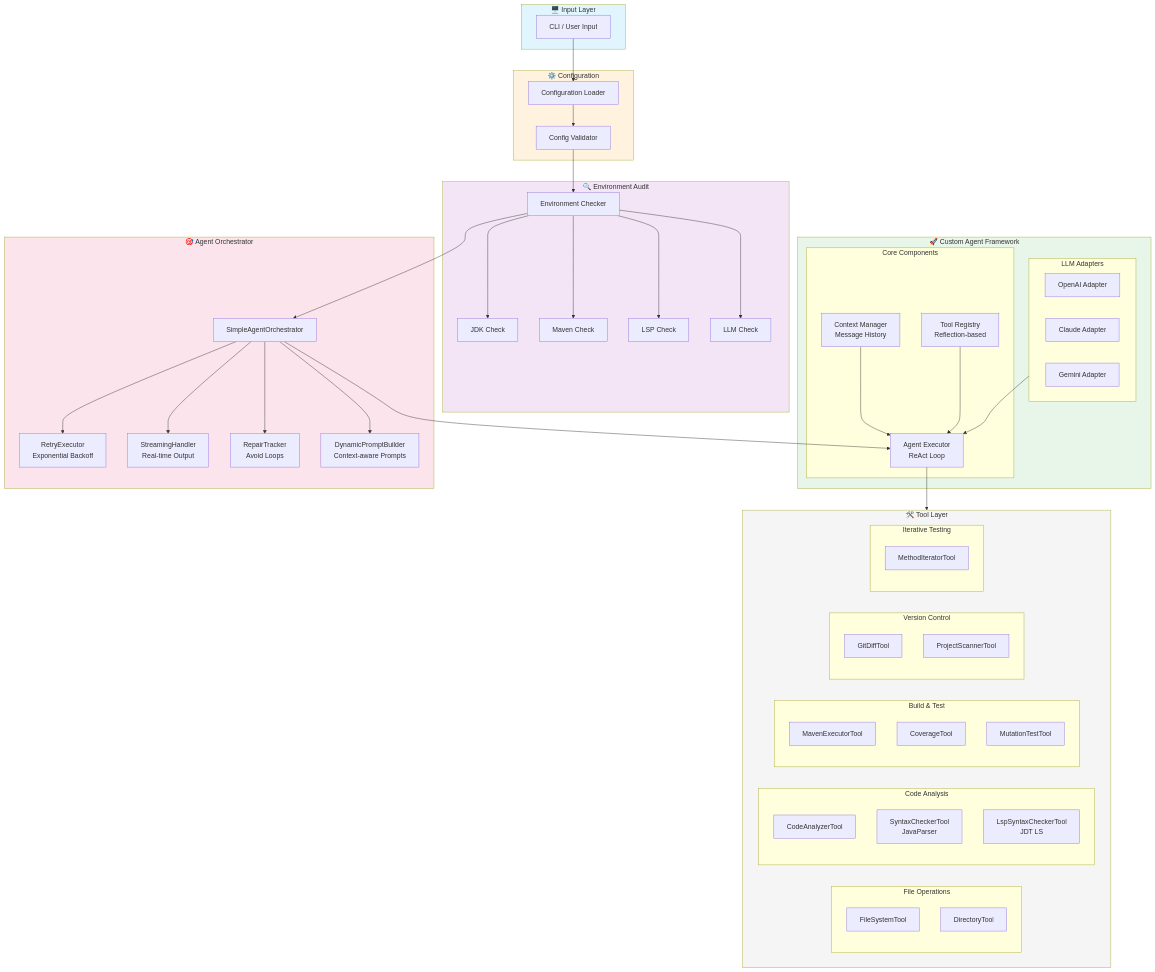
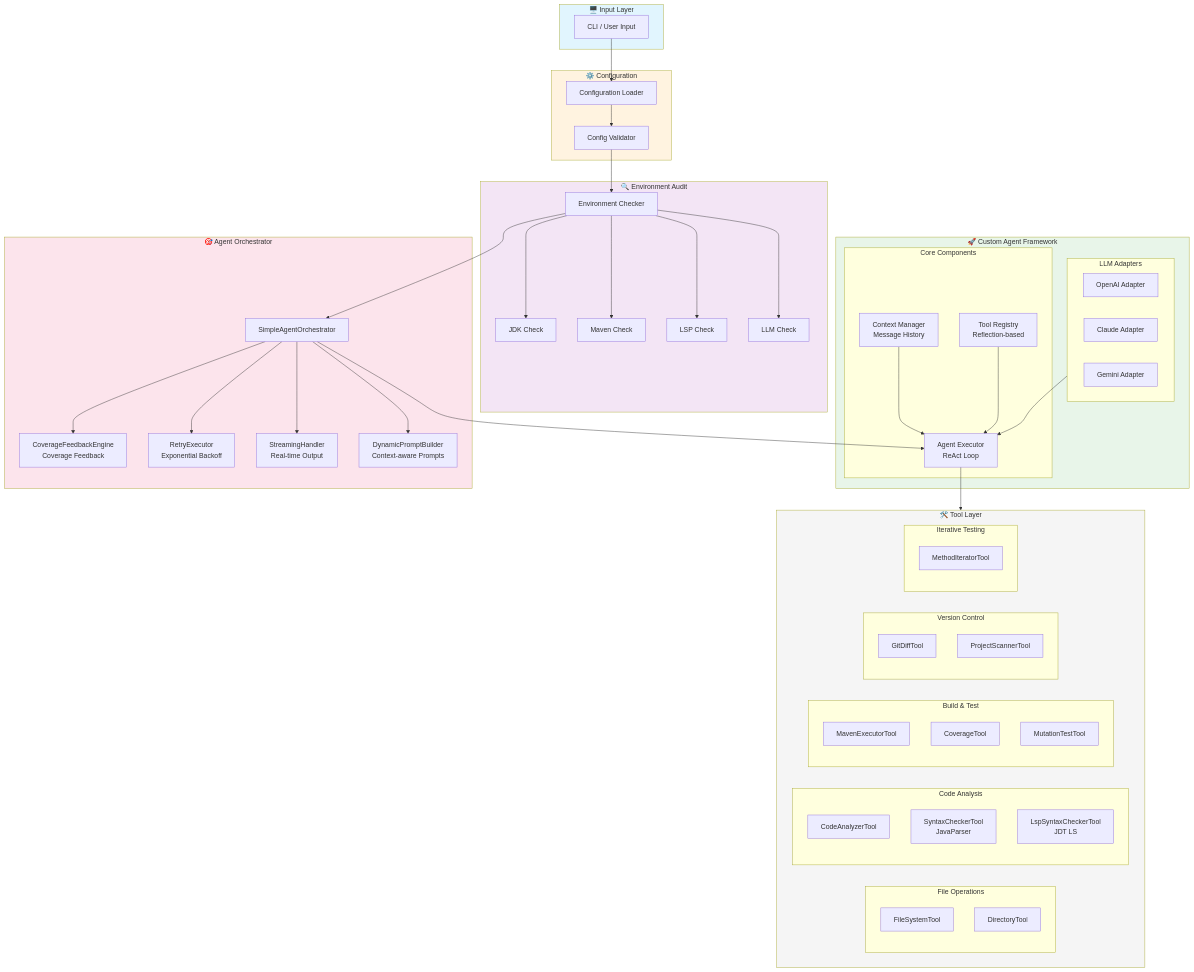
The diagram in README.md (codelogickeep/unit-test-agent-4j), drawn with Mermaid before and after one commit. The commit also changed other lines of this file, not shown here.

Commit message:
docs: 修复英文 README 架构图 - 添加 CoverageFeedbackEngine

```diff
--- a/README.md
+++ b/README.md
@@ -859,11 +859,11 @@
 
     subgraph Orchestrator["🎯 Agent Orchestrator"]
         SAO[SimpleAgentOrchestrator]
+        CFE[CoverageFeedbackEngine<br/>Coverage Feedback]
         RE[RetryExecutor<br/>Exponential Backoff]
         SH[StreamingHandler<br/>Real-time Output]
-        RT[RepairTracker<br/>Avoid Loops]
         DPB[DynamicPromptBuilder<br/>Context-aware Prompts]
-        SAO --> RE & SH & RT & DPB
+        SAO --> CFE & RE & SH & DPB
     end
 
     subgraph Tools["🛠️ Tool Layer"]
```
